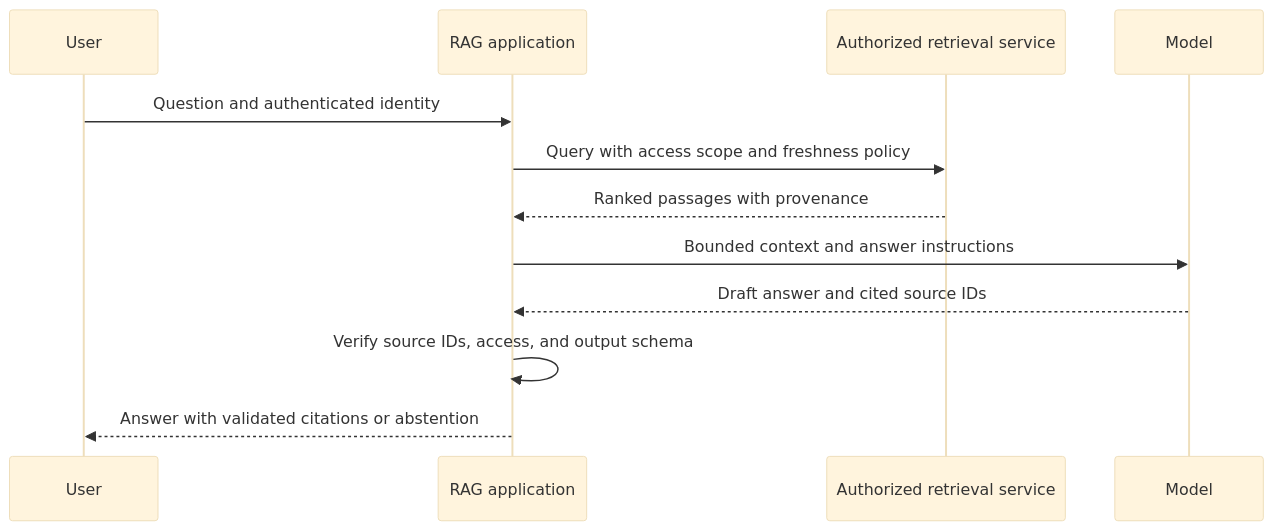
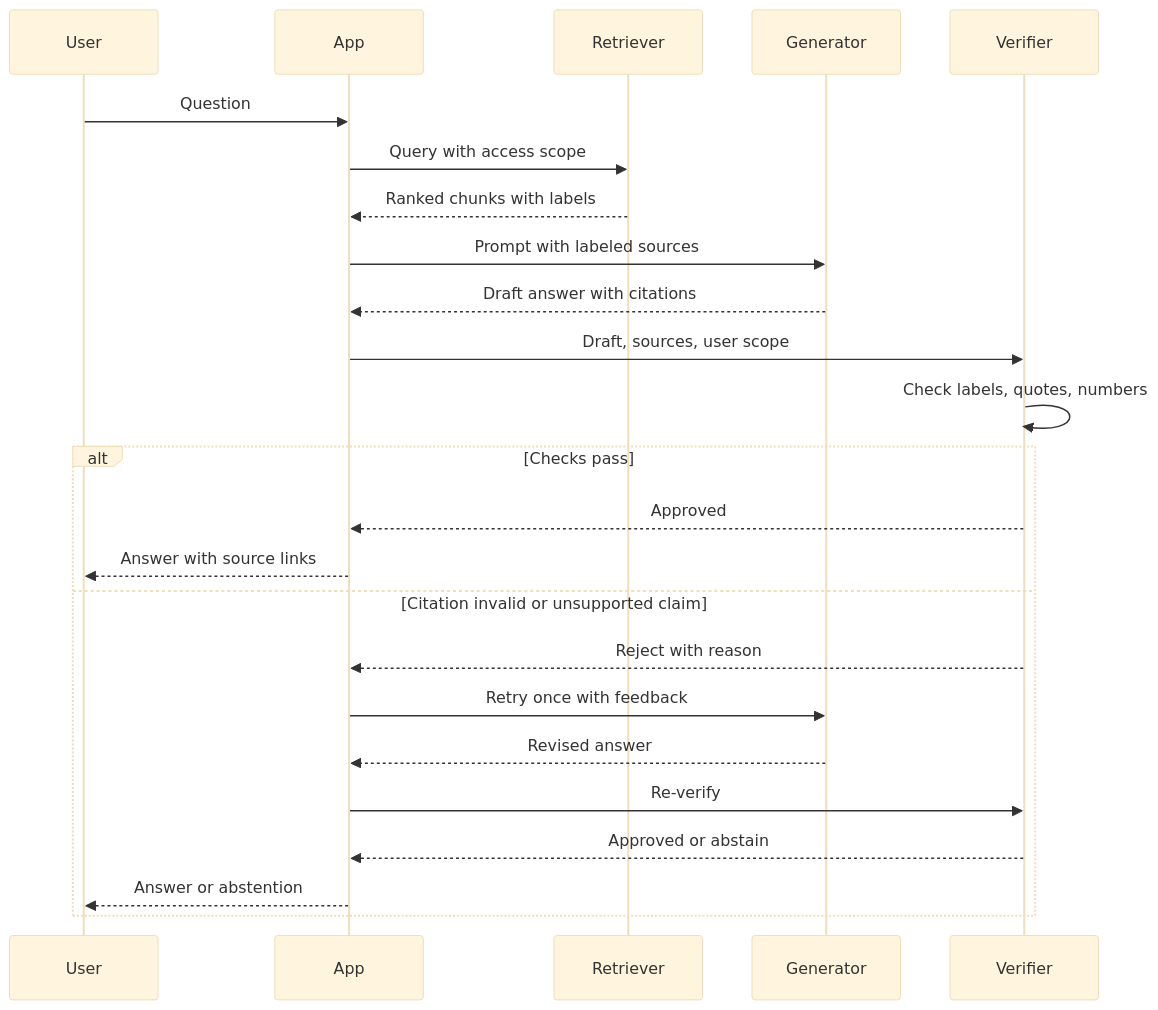
Diagram 12 of 23 in 16_AI_and_GenAI/CH18_RAG_Architecture.md (joydasss/Architect), drawn with Mermaid (base theme) before and after one commit. The commit also changed other lines of this file and 295 other files, not shown here.

````diff
--- a/16_AI_and_GenAI/CH18_RAG_Architecture.md
+++ b/16_AI_and_GenAI/CH18_RAG_Architecture.md
@@ -73,14 +871,26 @@
 ```mermaid
 sequenceDiagram
-    participant User
-    participant App as RAG application
-    participant Index as Authorized retrieval service
-    participant Model
-    User->>App: Question and authenticated identity
-    App->>Index: Query with access scope and freshness policy
-    Index-->>App: Ranked passages with provenance
-    App->>Model: Bounded context and answer instructions
-    Model-->>App: Draft answer and cited source IDs
-    App->>App: Verify source IDs, access, and output schema
-    App-->>User: Answer with validated citations or abstention
+    participant U as User
+    participant A as App
+    participant R as Retriever
+    participant G as Generator
+    participant V as Verifier
+    U->>A: Question
+    A->>R: Query with access scope
+    R-->>A: Ranked chunks with labels
+    A->>G: Prompt with labeled sources
+    G-->>A: Draft answer with citations
+    A->>V: Draft, sources, user scope
+    V->>V: Check labels, quotes, numbers
+    alt Checks pass
+        V-->>A: Approved
+        A-->>U: Answer with source links
+    else Citation invalid or unsupported claim
+        V-->>A: Reject with reason
+        A->>G: Retry once with feedback
+        G-->>A: Revised answer
+        A->>V: Re-verify
+        V-->>A: Approved or abstain
+        A-->>U: Answer or abstention
+    end
 ```
````
